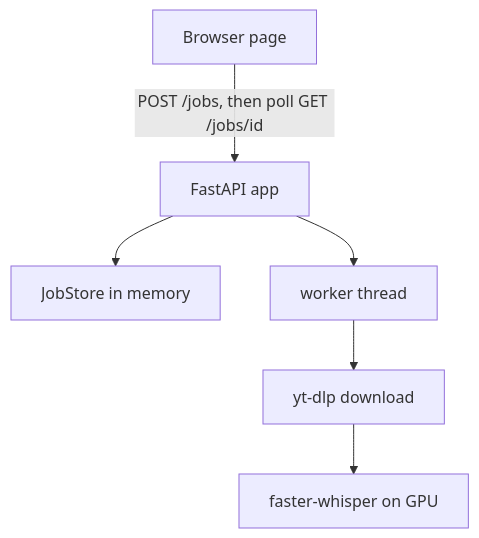
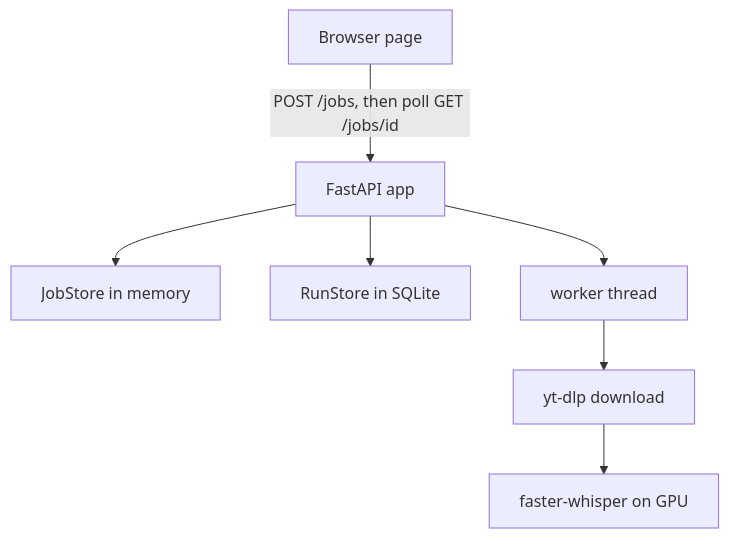
Before and after one commit to kevpdev/yt-transcriber: the diagram in aidd_docs/memory/architecture.md, drawn with Mermaid. The commit also changed other lines of this file and 4 other files, not shown here.

````diff
--- a/aidd_docs/memory/architecture.md
+++ b/aidd_docs/memory/architecture.md
@@ -15,8 +15,9 @@
 ```mermaid
 flowchart TD
     page["Browser page"] -->|"POST /jobs, then poll GET /jobs/id"| api["FastAPI app"]
     api --> store["JobStore in memory"]
+    api --> runs["RunStore in SQLite"]
     api --> worker["worker thread"]
     worker --> audio["yt-dlp download"]
     audio --> whisper["faster-whisper on GPU"]
 ```
````
